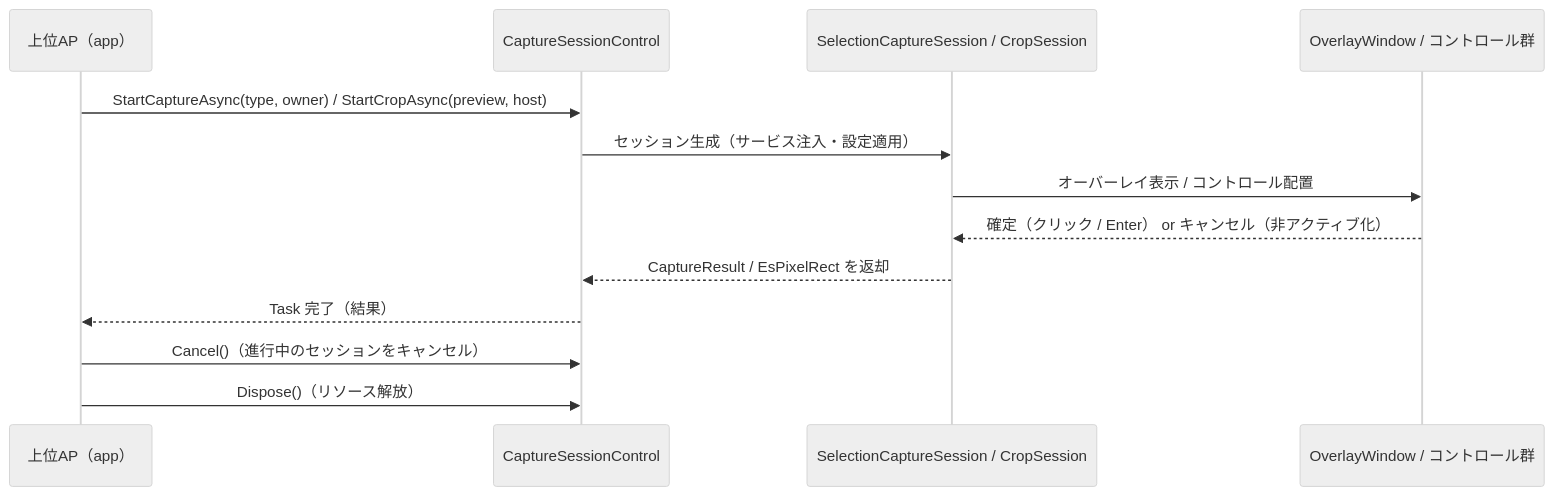
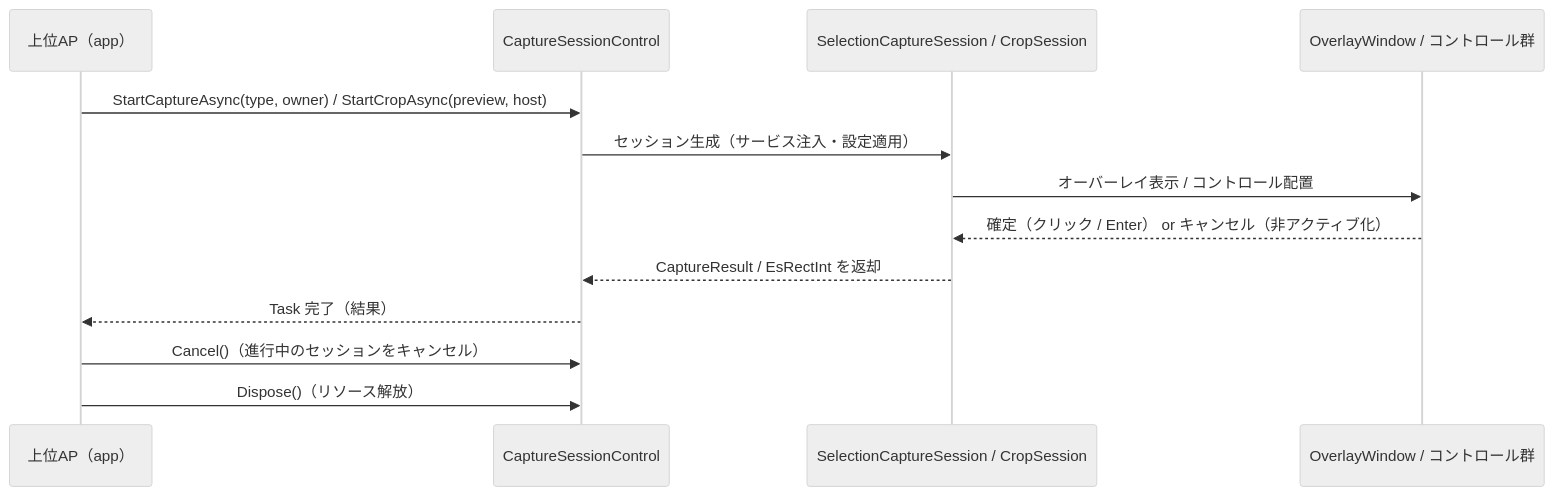
The second of 2 diagrams in src/CaptureSessionControl.AvaloniaUI/SPEC_System.md (tomokuni/SaveEvidence), drawn with Mermaid (neutral theme) before and after one commit. The commit also changed other lines of this file and 121 other files, not shown here.

````diff
--- a/src/CaptureSessionControl.AvaloniaUI/SPEC_System.md
+++ b/src/CaptureSessionControl.AvaloniaUI/SPEC_System.md
@@ -236,16 +236,16 @@
 ```mermaid
 sequenceDiagram
     participant AP as 上位AP（app）
     participant Fac as CaptureSessionControl
     participant S as SelectionCaptureSession / CropSession
     participant OW as OverlayWindow / コントロール群
 
     AP->>Fac: StartCaptureAsync(type, owner) / StartCropAsync(preview, host)
     Fac->>S: セッション生成（サービス注入・設定適用）
     S->>OW: オーバーレイ表示 / コントロール配置
     OW-->>S: 確定（クリック / Enter） or キャンセル（非アクティブ化）
-    S-->>Fac: CaptureResult / EsPixelRect を返却
+    S-->>Fac: CaptureResult / EsRectInt を返却
     Fac-->>AP: Task 完了（結果）
     AP->>Fac: Cancel()（進行中のセッションをキャンセル）
     AP->>Fac: Dispose()（リソース解放）
 ```
````
